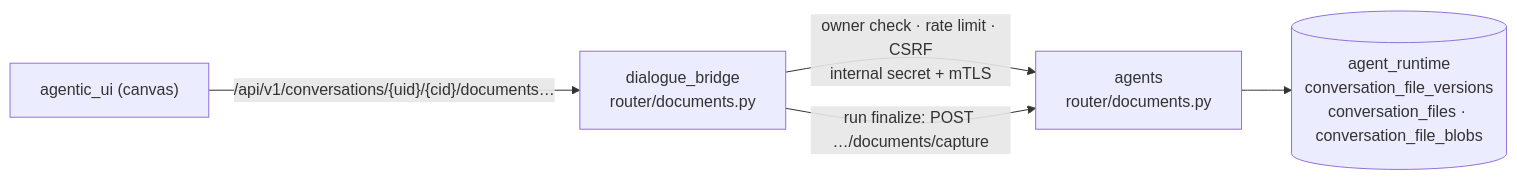
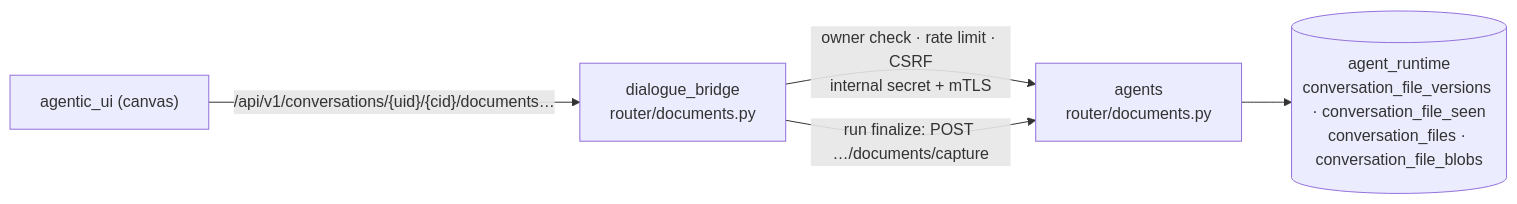
One commit to konstantinosmpouros/magenticx changed the first of 5 diagrams in docs/flows/canvas.md. Above: the diagram before and after it, drawn with Mermaid. The commit also changed other lines of this file and 82 other files, not shown here.

````diff
--- a/docs/flows/canvas.md
+++ b/docs/flows/canvas.md
@@ -9,7 +9,7 @@
 ```mermaid
 flowchart LR
     UI["agentic_ui (canvas)"] -->|"/api/v1/conversations/{uid}/{cid}/documents…"| BR["dialogue_bridge<br/>router/documents.py"]
     BR -->|"owner check · rate limit · CSRF<br/>internal secret + mTLS"| AG["agents<br/>router/documents.py"]
-    AG --> PG[("agent_runtime<br/>conversation_file_versions<br/>conversation_files · conversation_file_blobs")]
+    AG --> PG[("agent_runtime<br/>conversation_file_versions · conversation_file_seen<br/>conversation_files · conversation_file_blobs")]
     BR -->|"run finalize: POST …/documents/capture"| AG
 ```
````
